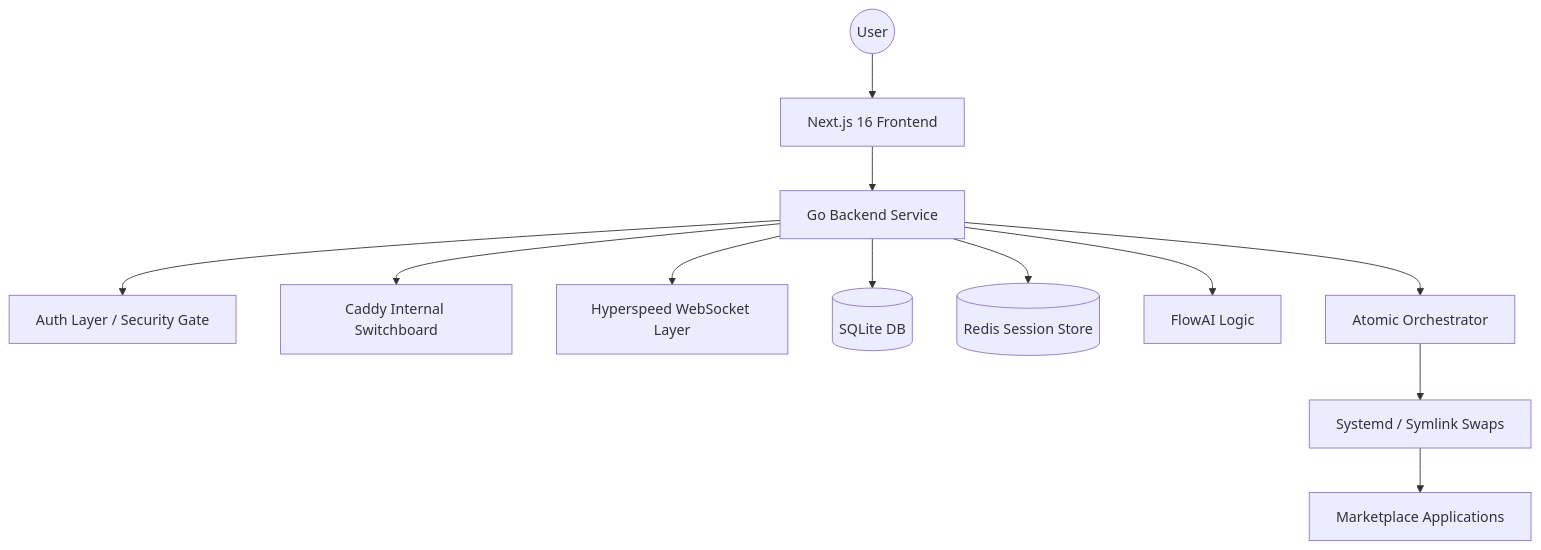
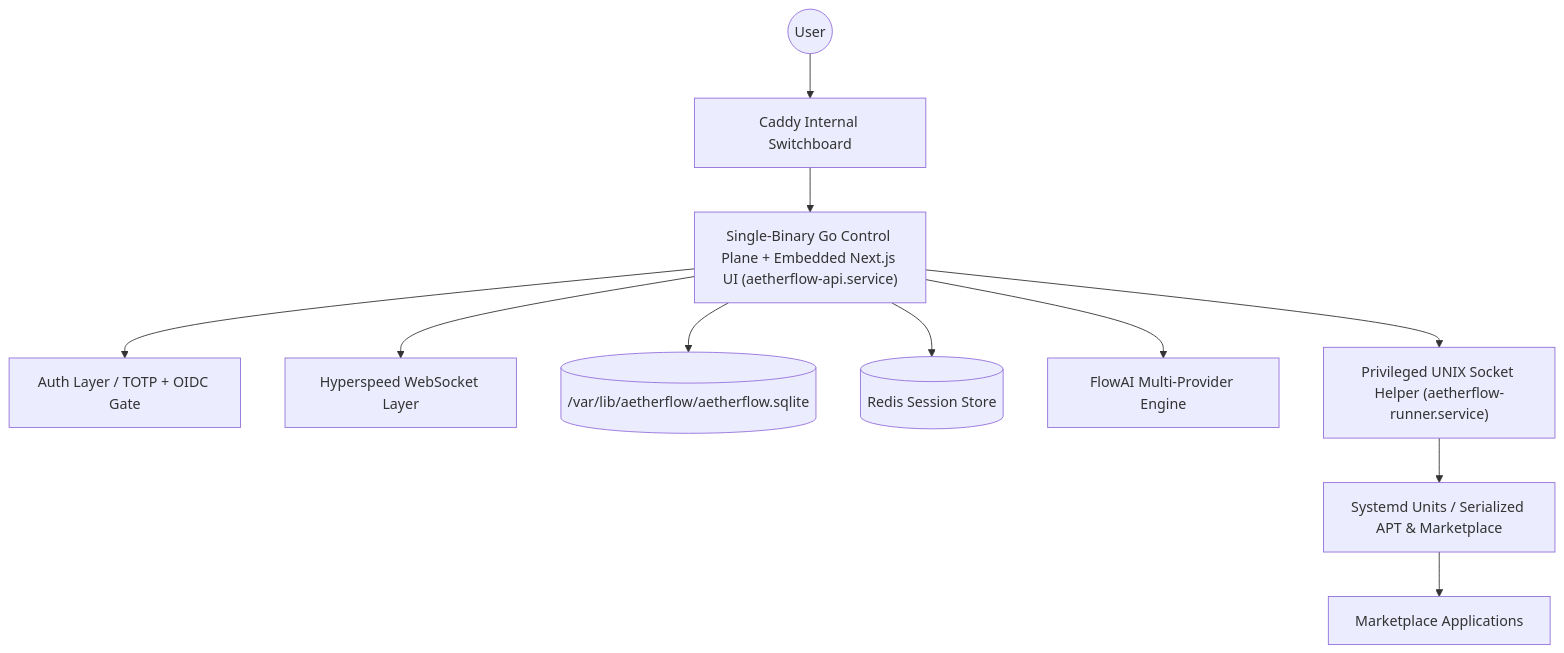
The diagram in docs/architecture.md (McEveritts/AetherFlow), drawn with Mermaid before and after one commit. The commit also changed other lines of this file and 38 other files, not shown here.

Commit message:
test(e2e): add 4-tier E2E verification suite, CI/release workflows, and architecture docs

````diff
--- a/docs/architecture.md
+++ b/docs/architecture.md
@@ -7,14 +7,13 @@
 ```mermaid
 graph TD
-    User((User)) --> Web[Next.js 16 Frontend]
-    Web --> API[Go Backend Service]
-    API --> Auth[Auth Layer / Security Gate]
-    API --> Caddy[Caddy Internal Switchboard]
+    User((User)) --> Caddy[Caddy Internal Switchboard]
+    Caddy --> API["Single-Binary Go Control Plane + Embedded Next.js UI (aetherflow-api.service)"]
+    API --> Auth[Auth Layer / TOTP + OIDC Gate]
     API --> WS[Hyperspeed WebSocket Layer]
-    API --> DB[(SQLite DB)]
+    API --> DB[("/var/lib/aetherflow/aetherflow.sqlite")]
     API --> Redis[(Redis Session Store)]
-    API --> AI[FlowAI Logic]
-    API --> Orchestrator[Atomic Orchestrator]
-    Orchestrator --> Sys[Systemd / Symlink Swaps]
+    API --> AI[FlowAI Multi-Provider Engine]
+    API --> Runner["Privileged UNIX Socket Helper (aetherflow-runner.service)"]
+    Runner --> Sys[Systemd Units / Serialized APT & Marketplace]
     Sys --> Apps[Marketplace Applications]
 ```
````
